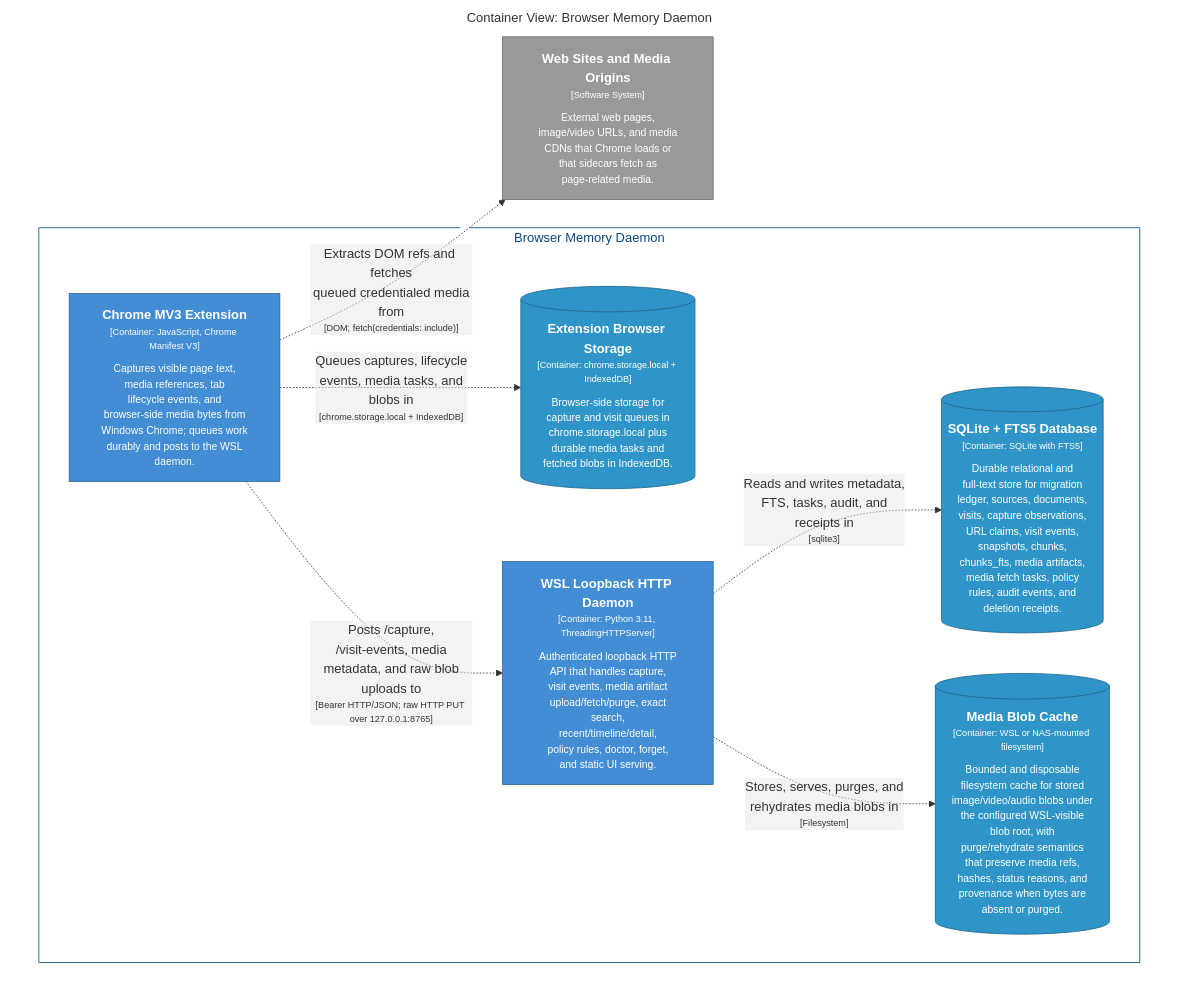
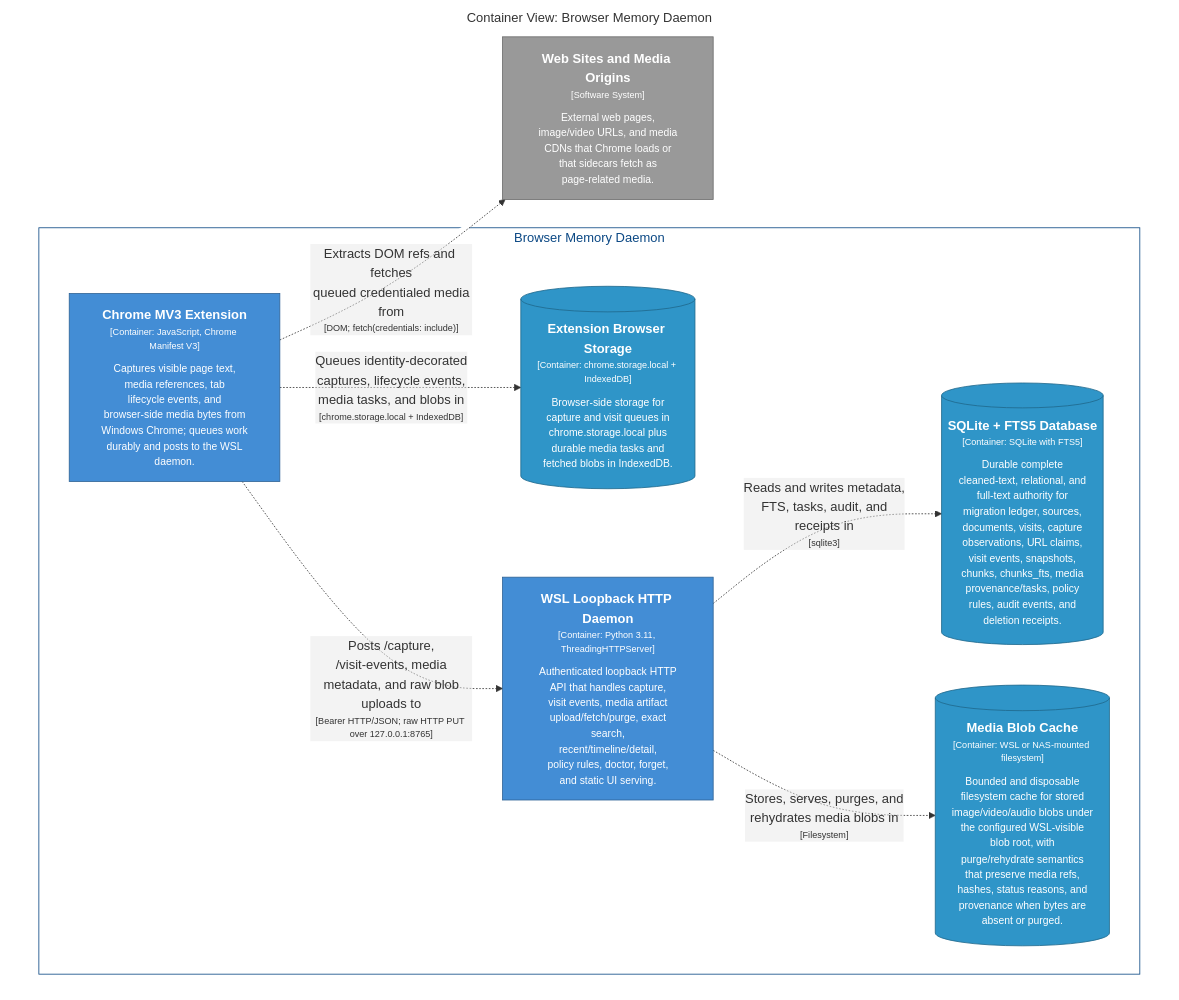
One commit to michaelnicks0/browser-memory-daemon changed the diagram in docs/architecture/diagrams/markdown/BrowserMediaContainers.md. Above: the diagram before and after it, drawn with Mermaid. The commit also changed 196 other files, not shown here.

Commit message:
feat(storage): make SQLite authoritative for snapshot text

````diff
--- a/docs/architecture/diagrams/markdown/BrowserMediaContainers.md
+++ b/docs/architecture/diagrams/markdown/BrowserMediaContainers.md
@@ -16,33 +16,33 @@
 ```mermaid
 graph TB
   linkStyle default fill:#ffffff
 
   subgraph diagram ["Container View: Browser Memory Daemon"]
     style diagram fill:#ffffff,stroke:#ffffff
 
     3["<div style='font-weight: bold'>Web Sites and Media Origins</div><div style='font-size: 70%; margin-top: 0px'>[Software System]</div><div style='font-size: 80%; margin-top:10px'>External web pages,<br />image/video URLs, and media<br />CDNs that Chrome loads or<br />that sidecars fetch as<br />page-related media.</div>"]
     style 3 fill:#999999,stroke:#6b6b6b,color:#ffffff
 
     subgraph 4 ["Browser Memory Daemon"]
       style 4 fill:#ffffff,stroke:#0b4884,color:#0b4884
 
       13[("<div style='font-weight: bold'>Extension Browser Storage</div><div style='font-size: 70%; margin-top: 0px'>[Container: chrome.storage.local + IndexedDB]</div><div style='font-size: 80%; margin-top:10px'>Browser-side storage for<br />capture and visit queues in<br />chrome.storage.local plus<br />durable media tasks and<br />fetched blobs in IndexedDB.</div>")]
       style 13 fill:#2f95c8,stroke:#20688c,color:#ffffff
       14["<div style='font-weight: bold'>WSL Loopback HTTP Daemon</div><div style='font-size: 70%; margin-top: 0px'>[Container: Python 3.11, ThreadingHTTPServer]</div><div style='font-size: 80%; margin-top:10px'>Authenticated loopback HTTP<br />API that handles capture,<br />visit events, media artifact<br />upload/fetch/purge, exact<br />search,<br />recent/timeline/detail,<br />policy rules, doctor, forget,<br />and static UI serving.</div>"]
       style 14 fill:#438dd5,stroke:#2e6295,color:#ffffff
-      28[("<div style='font-weight: bold'>SQLite + FTS5 Database</div><div style='font-size: 70%; margin-top: 0px'>[Container: SQLite with FTS5]</div><div style='font-size: 80%; margin-top:10px'>Durable relational and<br />full-text store for migration<br />ledger, sources, documents,<br />visits, capture observations,<br />URL claims, visit events,<br />snapshots, chunks,<br />chunks_fts, media artifacts,<br />media fetch tasks, policy<br />rules, audit events, and<br />deletion receipts.</div>")]
-      style 28 fill:#2f95c8,stroke:#20688c,color:#ffffff
-      30[("<div style='font-weight: bold'>Media Blob Cache</div><div style='font-size: 70%; margin-top: 0px'>[Container: WSL or NAS-mounted filesystem]</div><div style='font-size: 80%; margin-top:10px'>Bounded and disposable<br />filesystem cache for stored<br />image/video/audio blobs under<br />the configured WSL-visible<br />blob root, with<br />purge/rehydrate semantics<br />that preserve media refs,<br />hashes, status reasons, and<br />provenance when bytes are<br />absent or purged.</div>")]
-      style 30 fill:#2f95c8,stroke:#20688c,color:#ffffff
+      29[("<div style='font-weight: bold'>SQLite + FTS5 Database</div><div style='font-size: 70%; margin-top: 0px'>[Container: SQLite with FTS5]</div><div style='font-size: 80%; margin-top:10px'>Durable complete<br />cleaned-text, relational, and<br />full-text authority for<br />migration ledger, sources,<br />documents, visits, capture<br />observations, URL claims,<br />visit events, snapshots,<br />chunks, chunks_fts, media<br />provenance/tasks, policy<br />rules, audit events, and<br />deletion receipts.</div>")]
+      style 29 fill:#2f95c8,stroke:#20688c,color:#ffffff
+      31[("<div style='font-weight: bold'>Media Blob Cache</div><div style='font-size: 70%; margin-top: 0px'>[Container: WSL or NAS-mounted filesystem]</div><div style='font-size: 80%; margin-top:10px'>Bounded and disposable<br />filesystem cache for stored<br />image/video/audio blobs under<br />the configured WSL-visible<br />blob root, with<br />purge/rehydrate semantics<br />that preserve media refs,<br />hashes, status reasons, and<br />provenance when bytes are<br />absent or purged.</div>")]
+      style 31 fill:#2f95c8,stroke:#20688c,color:#ffffff
       5["<div style='font-weight: bold'>Chrome MV3 Extension</div><div style='font-size: 70%; margin-top: 0px'>[Container: JavaScript, Chrome Manifest V3]</div><div style='font-size: 80%; margin-top:10px'>Captures visible page text,<br />media references, tab<br />lifecycle events, and<br />browser-side media bytes from<br />Windows Chrome; queues work<br />durably and posts to the WSL<br />daemon.</div>"]
       style 5 fill:#438dd5,stroke:#2e6295,color:#ffffff
     end
 
     5-. "<div>Extracts DOM refs and fetches<br />queued credentialed media<br />from</div><div style='font-size: 70%'>[DOM; fetch(credentials: include)]</div>" .->3
-    5-. "<div>Queues captures, lifecycle<br />events, media tasks, and<br />blobs in</div><div style='font-size: 70%'>[chrome.storage.local + IndexedDB]</div>" .->13
+    5-. "<div>Queues identity-decorated<br />captures, lifecycle events,<br />media tasks, and blobs in</div><div style='font-size: 70%'>[chrome.storage.local + IndexedDB]</div>" .->13
     5-. "<div>Posts /capture,<br />/visit-events, media<br />metadata, and raw blob<br />uploads to</div><div style='font-size: 70%'>[Bearer HTTP/JSON; raw HTTP PUT over 127.0.0.1:8765]</div>" .->14
-    14-. "<div>Reads and writes metadata,<br />FTS, tasks, audit, and<br />receipts in</div><div style='font-size: 70%'>[sqlite3]</div>" .->28
-    14-. "<div>Stores, serves, purges, and<br />rehydrates media blobs in</div><div style='font-size: 70%'>[Filesystem]</div>" .->30
+    14-. "<div>Reads and writes metadata,<br />FTS, tasks, audit, and<br />receipts in</div><div style='font-size: 70%'>[sqlite3]</div>" .->29
+    14-. "<div>Stores, serves, purges, and<br />rehydrates media blobs in</div><div style='font-size: 70%'>[Filesystem]</div>" .->31
 
   end
 ```
````
